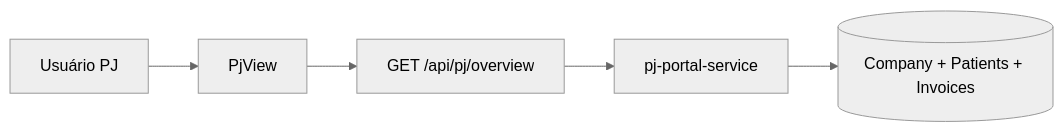
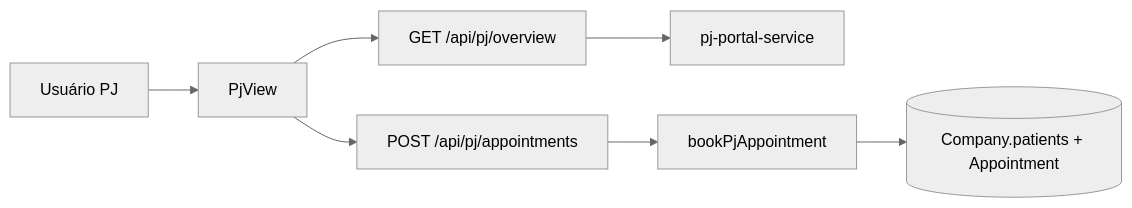
One commit to Piulres/sistema-bibi changed the sixth of 10 diagrams in docs/produto/FLUXOS.md. Above: the diagram before and after it, drawn with Mermaid (neutral theme). The commit also changed other lines of this file and 17 other files, not shown here.

````diff
--- a/docs/produto/FLUXOS.md
+++ b/docs/produto/FLUXOS.md
@@ -539,7 +543,9 @@
 ```mermaid
 flowchart LR
   RH[Usuário PJ] --> V[PjView]
   V --> O[GET /api/pj/overview]
+  V --> A[POST /api/pj/appointments]
   O --> S[pj-portal-service]
-  S --> DB[(Company + Patients + Invoices)]
+  A --> B[bookPjAppointment]
+  B --> DB[(Company.patients + Appointment)]
 ```
````
